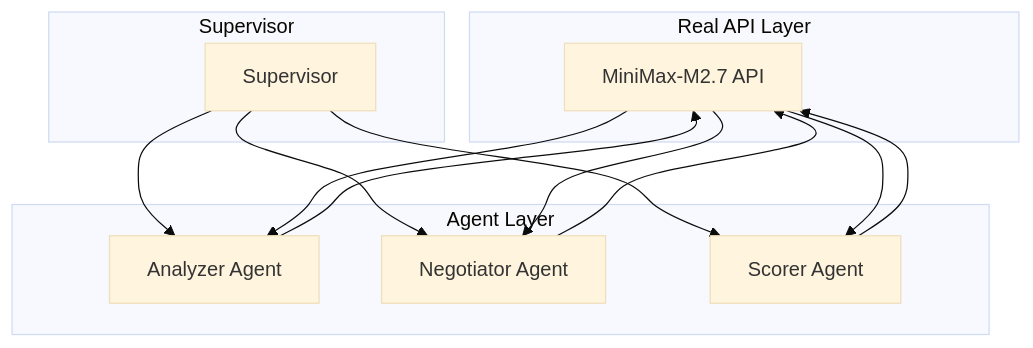
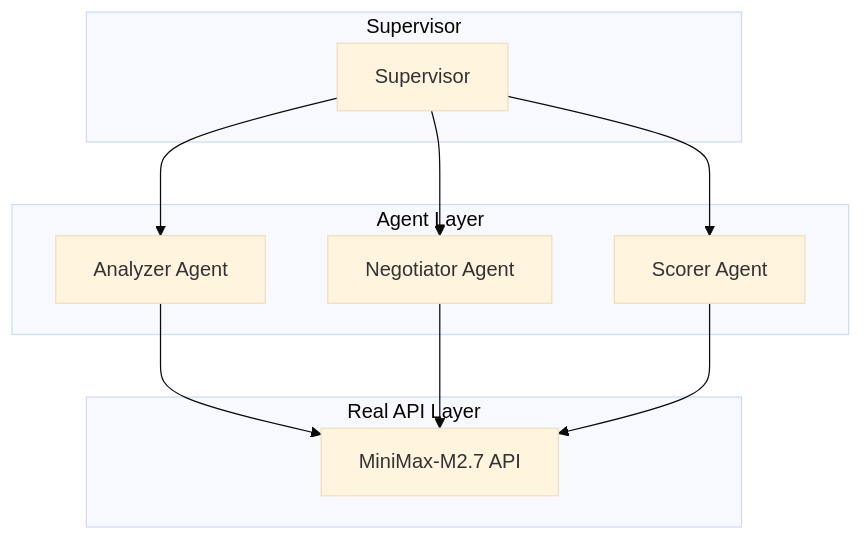
The diagram in README.md (xiangbianpangde/mas-evolution-test), drawn with Mermaid (base theme) before and after one commit. The commit also changed other lines of this file, not shown here.

````diff
--- a/README.md
+++ b/README.md
@@ -21,26 +45,20 @@
 ```mermaid
 graph TB
     subgraph "Real API Layer"
         LLM[MiniMax-M2.7 API]
     end
     
     subgraph "Agent Layer"
         A[Analyzer Agent]
         N[Negotiator Agent]
         S[Scorer Agent]
     end
     
     subgraph "Supervisor"
         SUP[Supervisor]
     end
     
-    SUP --> A
-    A --> LLM
-    SUP --> N
-    N --> LLM
-    SUP --> S
-    S --> LLM
-    LLM --> A
-    LLM --> N
-    LLM --> S
+    SUP --> A --> LLM
+    SUP --> N --> LLM
+    SUP --> S --> LLM
 ```
````
